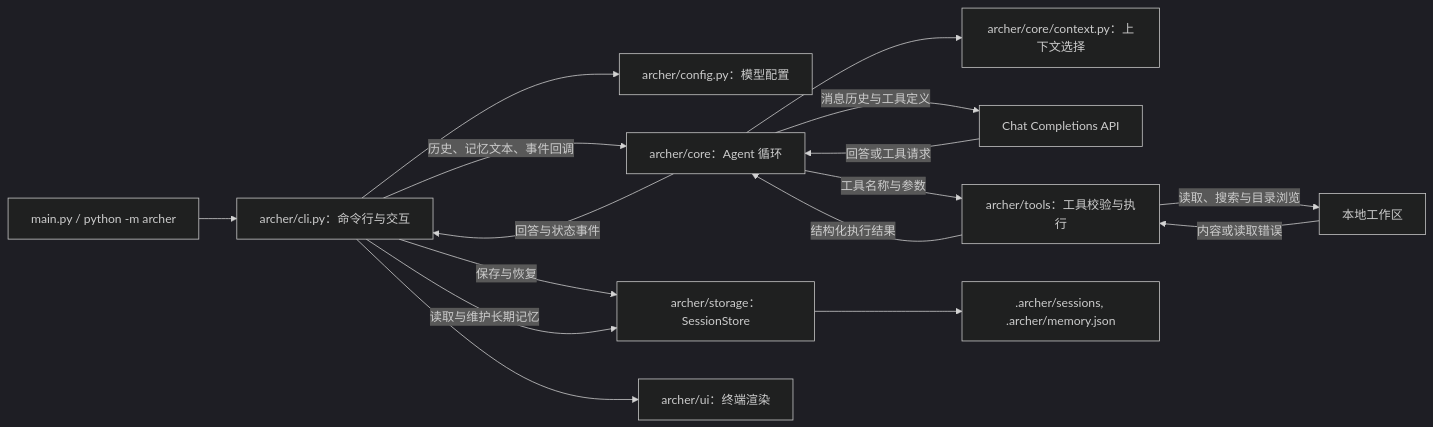
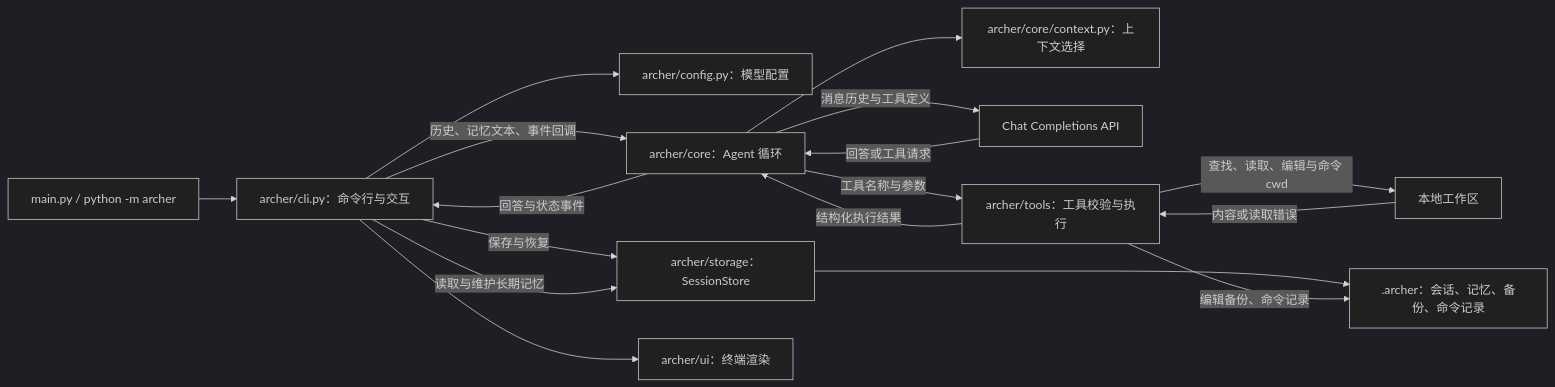
The diagram in README.md (a-xiaoyuan/RecapCLI), drawn with Mermaid (dark theme) before and after one commit. The commit also changed other lines of this file and 16 other files, not shown here.

````diff
--- a/README.md
+++ b/README.md
@@ -21,18 +24,19 @@
 ```mermaid
 flowchart LR
     Entry["main.py / python -m archer"] --> CLI["archer/cli.py：命令行与交互"]
     CLI --> Config["archer/config.py：模型配置"]
     CLI -->|"历史、记忆文本、事件回调"| Agent["archer/core：Agent 循环"]
     Agent --> Context["archer/core/context.py：上下文选择"]
     Agent -->|"消息历史与工具定义"| Model["Chat Completions API"]
     Model -->|"回答或工具请求"| Agent
     Agent -->|"工具名称与参数"| Tool["archer/tools：工具校验与执行"]
-    Tool -->|"读取、搜索与目录浏览"| Workspace["本地工作区"]
+    Tool -->|"查找、读取、编辑与命令 cwd"| Workspace["本地工作区"]
     Workspace -->|"内容或读取错误"| Tool
     Tool -->|"结构化执行结果"| Agent
     CLI -->|"保存与恢复"| Session["archer/storage：SessionStore"]
     CLI -->|"读取与维护长期记忆"| Session
-    Session --> Data[".archer/sessions, .archer/memory.json"]
+    Session --> Data[".archer：会话、记忆、备份、命令记录"]
+    Tool -->|"编辑备份、命令记录"| Data
     Agent -->|"回答与状态事件"| CLI
     CLI --> Output["archer/ui：终端渲染"]
 ```
````
